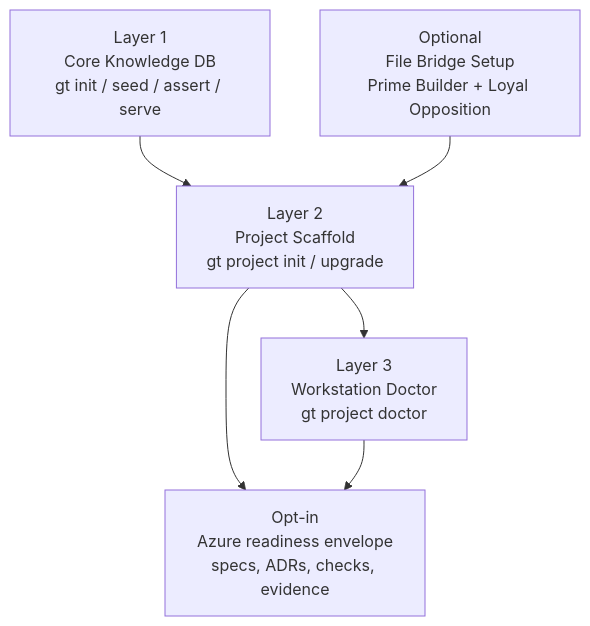
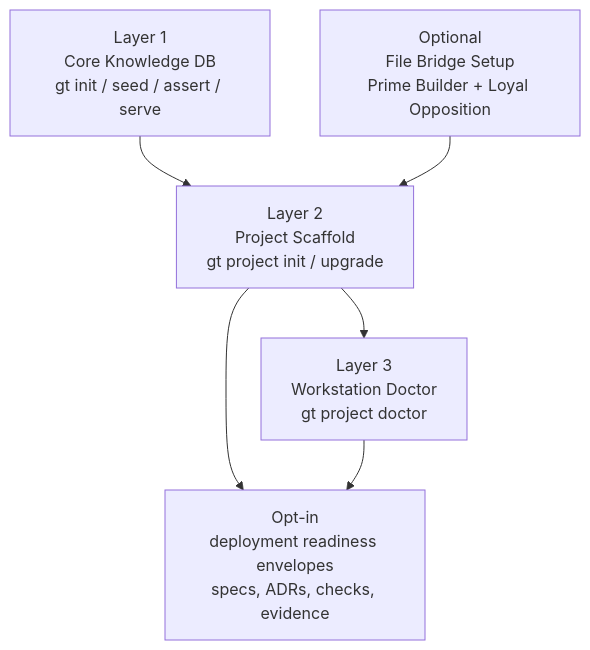
The first of 2 diagrams in groundtruth-kb/README.md (Remaker-Digital/groundtruth-kb), drawn with Mermaid before and after one commit. The commit also changed other lines of this file and 18 other files, not shown here.

````diff
--- a/groundtruth-kb/README.md
+++ b/groundtruth-kb/README.md
@@ -98,13 +98,13 @@
 ```mermaid
 flowchart TB
     L1["Layer 1<br/>Core Knowledge DB<br/>gt init / seed / assert / serve"]
     Bridge["Optional<br/>File Bridge Setup<br/>Prime Builder + Loyal Opposition"]
     L2["Layer 2<br/>Project Scaffold<br/>gt project init / upgrade"]
     L3["Layer 3<br/>Workstation Doctor<br/>gt project doctor"]
-    Azure["Opt-in<br/>Azure readiness envelope<br/>specs, ADRs, checks, evidence"]
+    Deploy["Opt-in<br/>deployment readiness envelopes<br/>specs, ADRs, checks, evidence"]
 
     L1 --> L2 --> L3
     Bridge --> L2
-    L2 --> Azure
-    L3 --> Azure
+    L2 --> Deploy
+    L3 --> Deploy
 ```
````
